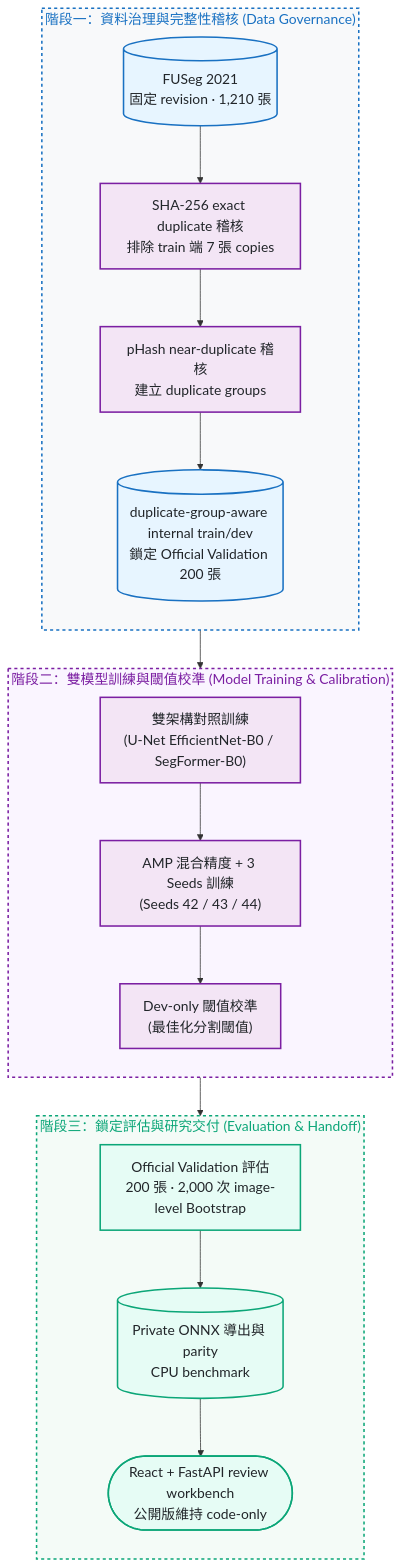
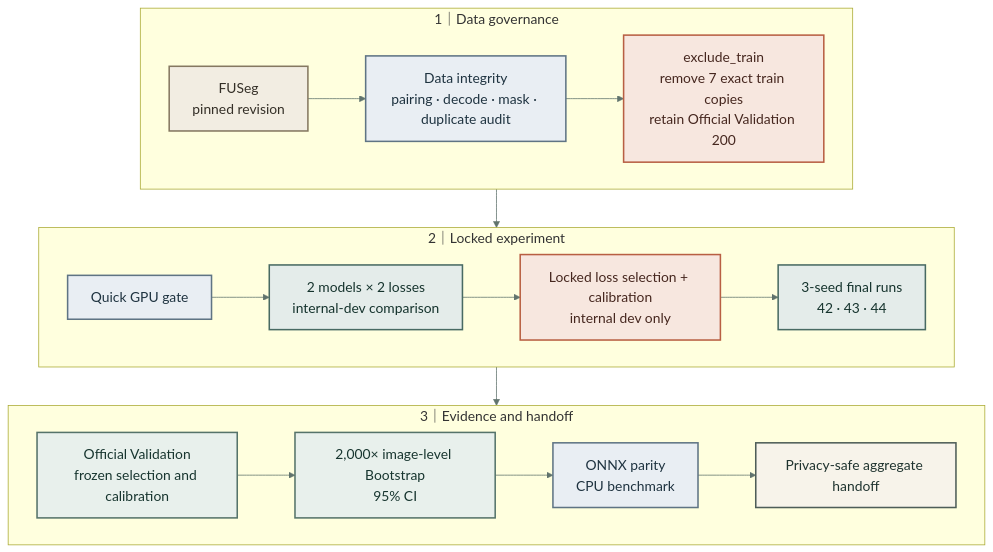
Before and after one commit to kuotunyu/WoundScope: the second of 3 diagrams in README.md, drawn with Mermaid. The commit also changed other lines of this file and 1 other file, not shown here.

Commit message:
docs: clarify WoundScope architecture and workflow

````diff
--- a/README.md
+++ b/README.md
@@ -32,32 +72,39 @@
 ```mermaid
-%%{init: {'themeVariables': {'fontSize': '18px'}}}%%
-flowchart TD
-    subgraph Stage1 ["階段一：資料治理與完整性稽核 (Data Governance)"]
-        direction TB
-        Raw[("FUSeg 2021<br/>固定 revision · 1,210 張")] --> Exact["SHA-256 exact duplicate 稽核<br/>排除 train 端 7 張 copies"]
-        Exact --> Near["pHash near-duplicate 稽核<br/>建立 duplicate groups"]
-        Near --> Split[("duplicate-group-aware internal train/dev<br/>鎖定 Official Validation 200 張")]
+%%{init: {"themeVariables": {"fontSize": "18px", "fontFamily": "Arial, sans-serif", "lineColor": "#60736D"}}}%%
+flowchart TB
+    subgraph Governance["1｜Data governance"]
+        direction LR
+        Source["FUSeg<br/>pinned revision"]:::source
+        Integrity["Data integrity<br/>pairing · decode · mask · duplicate audit"]:::gate
+        Exclude["exclude_train<br/>remove 7 exact train copies<br/>retain Official Validation 200"]:::decision
+        Source --> Integrity --> Exclude
     end
 
-    subgraph Stage2 ["階段二：雙模型訓練與閾值校準 (Model Training & Calibration)"]
-        direction TB
-        Split --> Models["雙架構對照訓練<br/>(U-Net EfficientNet-B0 / SegFormer-B0)"] --> Train["AMP 混合精度 + 3 Seeds 訓練<br/>(Seeds 42 / 43 / 44)"] --> Calib["Dev-only 閾值校準<br/>(最佳化分割閾值)"]
+    subgraph Experiment["2｜Locked experiment"]
+        direction LR
+        Quick["Quick GPU gate"]:::gate
+        Compare["2 models × 2 losses<br/>internal-dev comparison"]:::process
+        Lock["Locked loss selection + calibration<br/>internal dev only"]:::decision
+        Seeds["3-seed final runs<br/>42 · 43 · 44"]:::process
+        Quick --> Compare --> Lock --> Seeds
     end
 
-    subgraph Stage3 ["階段三：鎖定評估與研究交付 (Evaluation & Handoff)"]
-        direction TB
-        Calib --> Eval["Official Validation 評估<br/>200 張 · 2,000 次 image-level Bootstrap"] --> ONNX[("Private ONNX 導出與 parity<br/>CPU benchmark")] --> Demo(["React + FastAPI review workbench<br/>公開版維持 code-only"])
+    subgraph EvidenceStage["3｜Evidence and handoff"]
+        direction LR
+        Validation["Official Validation<br/>frozen selection and calibration"]:::evidence
+        Bootstrap["2,000× image-level Bootstrap<br/>95% CI"]:::evidence
+        Parity["ONNX parity<br/>CPU benchmark"]:::gate
+        Handoff["Privacy-safe aggregate handoff"]:::output
+        Validation --> Bootstrap --> Parity --> Handoff
     end
 
-    classDef srcStyle fill:#e7f5ff,stroke:#1971c2,stroke-width:2px,color:#212529
-    classDef procStyle fill:#f3e5f5,stroke:#7b1fa2,stroke-width:2px,color:#212529
-    classDef evalStyle fill:#e6fcf5,stroke:#0ca678,stroke-width:2px,color:#212529
+    Exclude --> Quick
+    Seeds --> Validation
 
-    class Raw,Split srcStyle
-    class Exact,Near,Models,Train,Calib procStyle
-    class Eval,ONNX,Demo evalStyle
-
-    style Stage1 fill:#f8f9fa,stroke:#1971c2,stroke-width:2px,color:#1971c2,stroke-dasharray: 4 4
-    style Stage2 fill:#faf5ff,stroke:#7b1fa2,stroke-width:2px,color:#7b1fa2,stroke-dasharray: 4 4
-    style Stage3 fill:#f4fbf7,stroke:#0ca678,stroke-width:2px,color:#0ca678,stroke-dasharray: 4 4
+    classDef source fill:#F2EDE2,stroke:#857861,color:#342F27,stroke-width:2px;
+    classDef process fill:#E4ECEA,stroke:#486A63,color:#15332D,stroke-width:2px;
+    classDef gate fill:#E9EEF3,stroke:#5F7484,color:#1F3340,stroke-width:2px;
+    classDef decision fill:#F7E7DF,stroke:#B85F43,color:#46271F,stroke-width:2px;
+    classDef evidence fill:#E8F0EC,stroke:#55736A,color:#17352F,stroke-width:2px;
+    classDef output fill:#F7F3EA,stroke:#4E5D58,color:#1F332F,stroke-width:2px;
 ```
````
